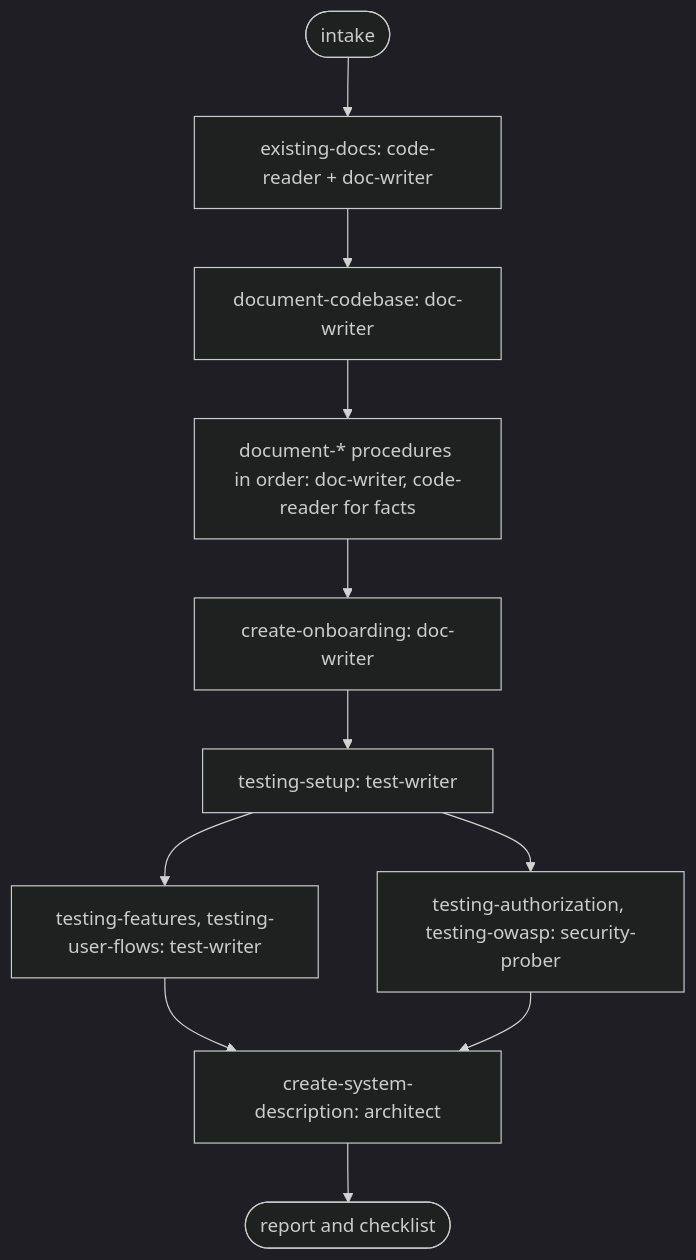
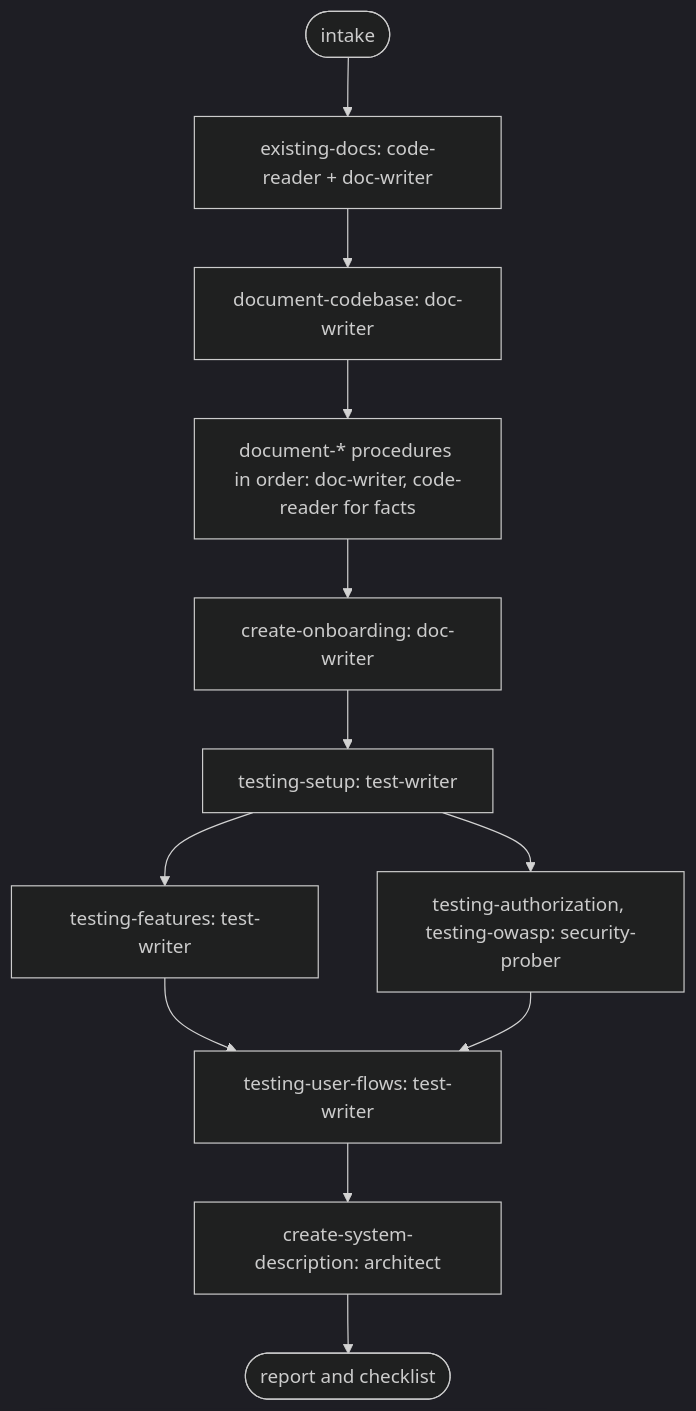
The diagram in plugin/commands/intake.md (Jeffallan/claude-skills), drawn with Mermaid (dark theme) before and after one commit. The commit also changed 15 other files, not shown here.

````diff
--- a/plugin/commands/intake.md
+++ b/plugin/commands/intake.md
@@ -22,13 +22,14 @@
 ```mermaid
 flowchart TD
   start([intake]) --> ed[existing-docs: code-reader + doc-writer]
   ed --> dc[document-codebase: doc-writer]
   dc --> docs[document-* procedures in order: doc-writer, code-reader for facts]
   docs --> onb[create-onboarding: doc-writer]
   onb --> ts[testing-setup: test-writer]
-  ts --> tf[testing-features, testing-user-flows: test-writer]
+  ts --> tf[testing-features: test-writer]
   ts --> tsec[testing-authorization, testing-owasp: security-prober]
-  tf --> sd[create-system-description: architect]
-  tsec --> sd
+  tf --> uf[testing-user-flows: test-writer]
+  tsec --> uf
+  uf --> sd[create-system-description: architect]
   sd --> done([report and checklist])
 ```
````
